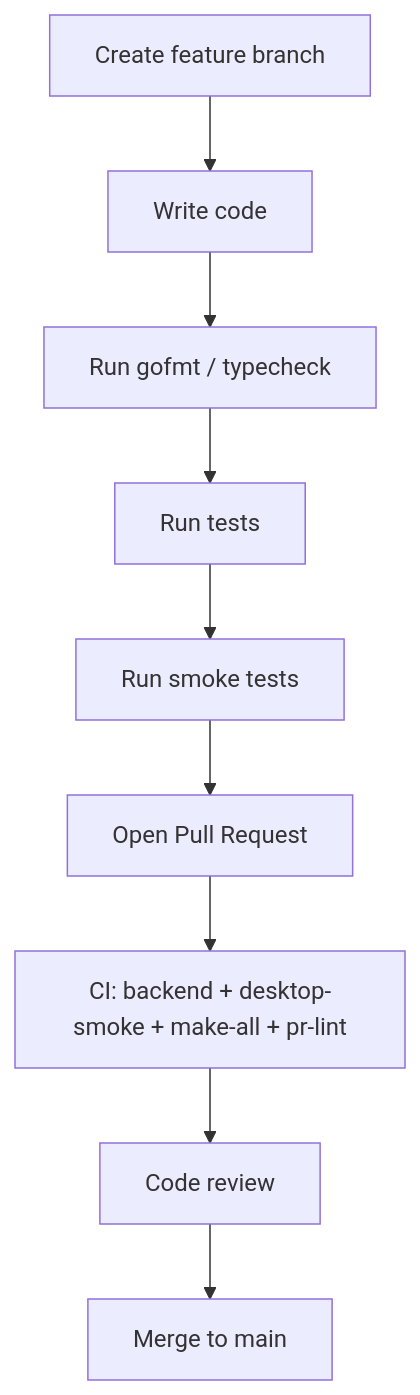
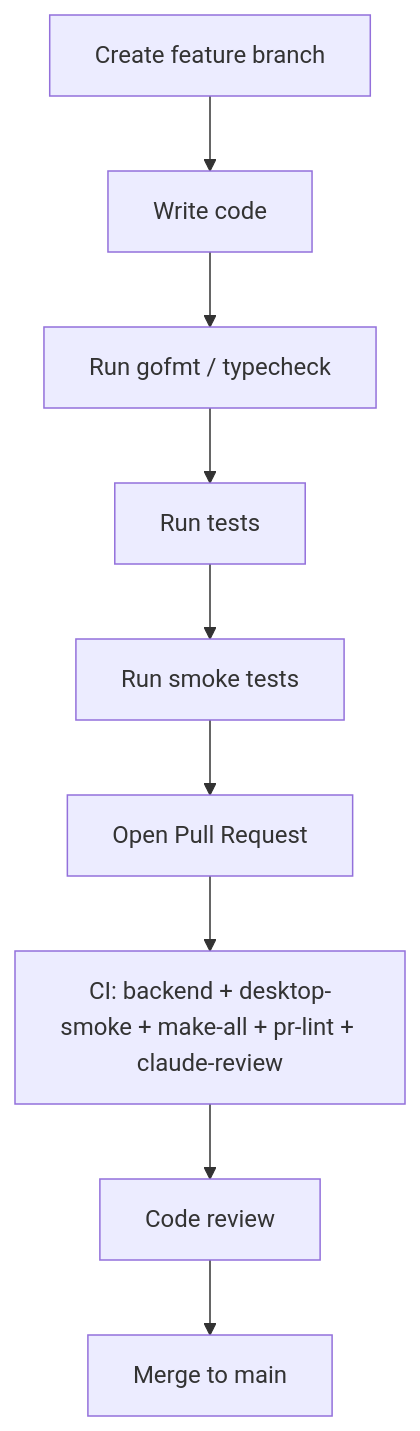
Before and after one commit to bradAGI/Orchestra: the second of 2 diagrams in docs/guides/development.md, drawn with Mermaid. The commit also changed other lines of this file and 18 other files, not shown here.

````diff
--- a/docs/guides/development.md
+++ b/docs/guides/development.md
@@ -230,11 +230,11 @@
 ```mermaid
 flowchart TD
     BRANCH[Create feature branch] --> CODE[Write code]
     CODE --> FMT[Run gofmt / typecheck]
     FMT --> TEST[Run tests]
     TEST --> SMOKE[Run smoke tests]
     SMOKE --> PR[Open Pull Request]
-    PR --> CI[CI: backend + desktop-smoke + make-all + pr-lint]
+    PR --> CI[CI: backend + desktop-smoke + make-all + pr-lint + claude-review]
     CI --> REVIEW[Code review]
     REVIEW --> MERGE[Merge to main]
 ```
````
